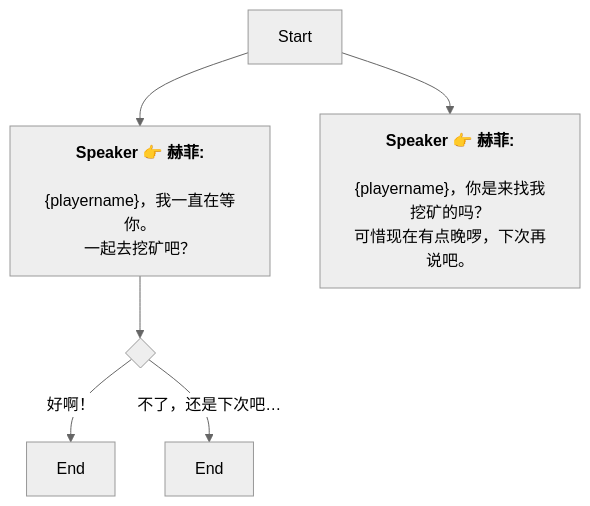
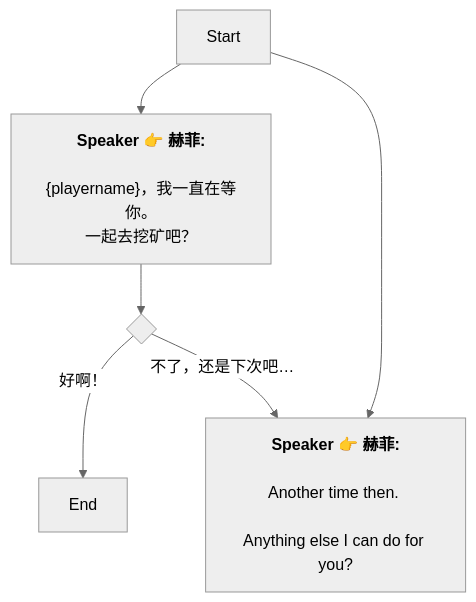
The diagram in Zh/QuestTalkObjectiveNode_1750657146285344.md (SoftHu/tos_avg), drawn with Mermaid (neutral theme) before and after one commit. The commit also changed 312 other files, not shown here.

````diff
--- a/Zh/QuestTalkObjectiveNode_1750657146285344.md
+++ b/Zh/QuestTalkObjectiveNode_1750657146285344.md
@@ -1,15 +1,24 @@
 ```mermaid
 graph
 Start -->1750658557600035[<b>Speaker 👉 赫菲:</b>
 
 &lbrace;playername&rbrace;，我一直在等你。
 一起去挖矿吧？]
 Start -->1750911970255123[<b>Speaker 👉 赫菲:</b>
 
-&lbrace;playername&rbrace;，你是来找我挖矿的吗？
-可惜现在有点晚啰，下次再说吧。]
+Another time then. 
+
+Anything else I can do for you?
+
+]
 1750658557600035 -->1750658984505636{ }
 1750658984505636 -->|好啊！|1750835737352708[End]
-1750658984505636 -->|不了，还是下次吧…|1750835743941125[End]
+1750658984505636 -->|不了，还是下次吧…|1750911970255123[<b>Speaker 👉 赫菲:</b>
+
+Another time then. 
+
+Anything else I can do for you?
+
+]
 
  ```
````
